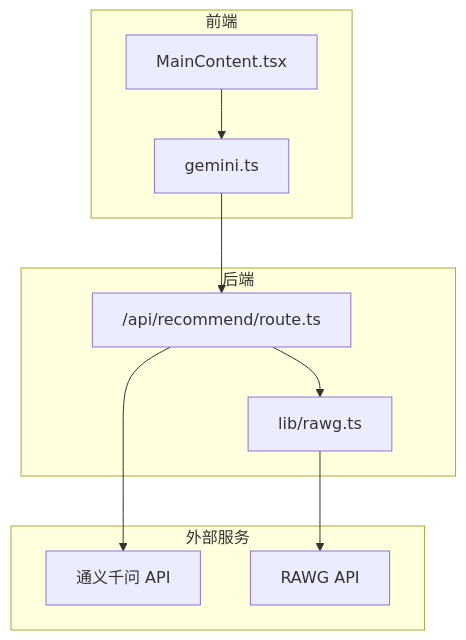
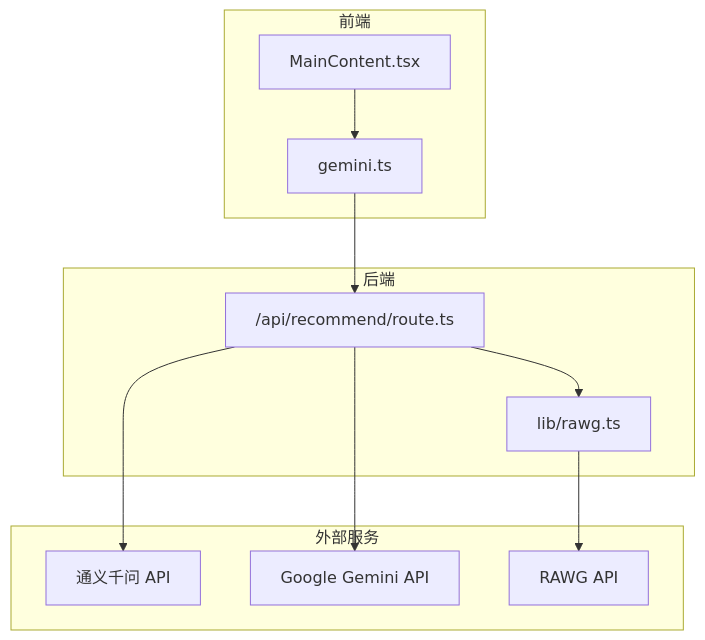
One commit to Jason-6300/JoyMate changed the first of 3 diagrams in .qoder/repowiki/zh/content/API服务/推荐API.md. Above: the diagram before and after it, drawn with Mermaid. The commit also changed other lines of this file and 184 other files, not shown here.

````diff
--- a/.qoder/repowiki/zh/content/API服务/推荐API.md
+++ b/.qoder/repowiki/zh/content/API服务/推荐API.md
@@ -33,20 +41,22 @@
 ```mermaid
 graph TB
 subgraph "前端"
 UI["MainContent.tsx"]
 SVC["gemini.ts"]
 end
 subgraph "后端"
 ROUTE["/api/recommend/route.ts"]
 RAWG["lib/rawg.ts"]
 end
 subgraph "外部服务"
 QWEN["通义千问 API"]
+GEMINI["Google Gemini API"]
 RAWGIO["RAWG API"]
 end
 UI --> SVC
 SVC --> ROUTE
 ROUTE --> QWEN
+ROUTE --> GEMINI
 ROUTE --> RAWG
 RAWG --> RAWGIO
 ```
````
